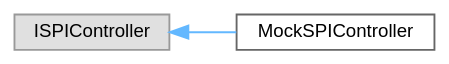
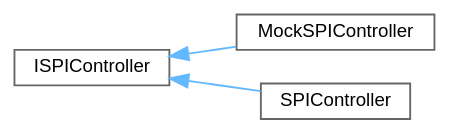
One commit to SEAME-pt/2024-2025-HotWheels changed the diagram in docs/inherit_graph_4.dot. Above: the diagram before and after it, drawn with Graphviz. The commit also changed 223 other files, not shown here.

```diff
--- a/docs/inherit_graph_4.dot
+++ b/docs/inherit_graph_4.dot
@@ -1,11 +1,13 @@
 digraph "Graphical Class Hierarchy"
 {
  // LATEX_PDF_SIZE
   bgcolor="transparent";
   edge [fontname=Helvetica,fontsize=10,labelfontname=Helvetica,labelfontsize=10];
   node [fontname=Helvetica,fontsize=10,shape=box,height=0.2,width=0.4];
   rankdir="LR";
-  Node0 [id="Node000000",label="ISPIController",height=0.2,width=0.4,color="grey60", fillcolor="#E0E0E0", style="filled",tooltip=" "];
-  Node0 -> Node1 [id="edge14_Node000000_Node000001",dir="back",color="steelblue1",style="solid",tooltip=" "];
+  Node0 [id="Node000000",label="ISPIController",height=0.2,width=0.4,color="grey40", fillcolor="white", style="filled",URL="$classISPIController.html",tooltip=" "];
+  Node0 -> Node1 [id="edge16_Node000000_Node000001",dir="back",color="steelblue1",style="solid",tooltip=" "];
   Node1 [id="Node000001",label="MockSPIController",height=0.2,width=0.4,color="grey40", fillcolor="white", style="filled",URL="$classMockSPIController.html",tooltip=" "];
+  Node0 -> Node2 [id="edge17_Node000000_Node000002",dir="back",color="steelblue1",style="solid",tooltip=" "];
+  Node2 [id="Node000002",label="SPIController",height=0.2,width=0.4,color="grey40", fillcolor="white", style="filled",URL="$classSPIController.html",tooltip=" "];
 }
```
